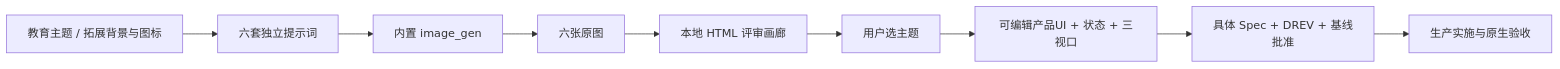
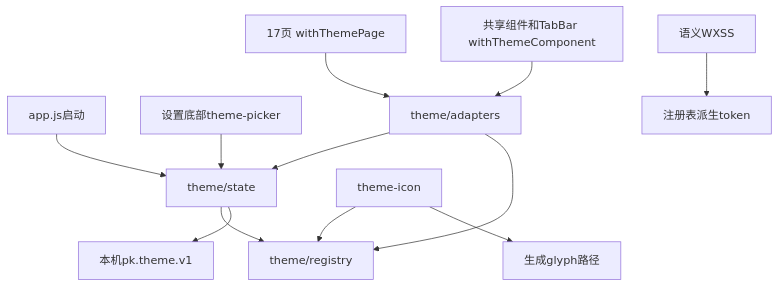
Before and after one commit to wangyu-bytedance/push_kids: the first of 3 diagrams in specs/active/DESIGN-002-GLOBAL-UI-CONSISTENCY.md, drawn with Mermaid. The commit also changed other lines of this file and 1963 other files, not shown here.

````diff
--- a/specs/active/DESIGN-002-GLOBAL-UI-CONSISTENCY.md
+++ b/specs/active/DESIGN-002-GLOBAL-UI-CONSISTENCY.md
@@ -56,11 +104,14 @@
 ```mermaid
-flowchart LR
-  User[教育主题 / 拓展背景与图标] --> Prompts[六套独立提示词]
-  Prompts --> Gen[内置 image_gen]
-  Gen --> PNG[六张原图]
-  PNG --> Gallery[本地 HTML 评审画廊]
-  Gallery --> Choice[用户选主题]
-  Choice --> Design[可编辑产品UI + 状态 + 三视口]
-  Design --> Approval[具体 Spec + DREV + 基线批准]
-  Approval --> Production[生产实施与原生验收]
+flowchart TD
+  App[app.js启动] --> State[theme/state]
+  Settings[设置底部theme-picker] --> State
+  Pages[17页 withThemePage] --> Adapter[theme/adapters]
+  Components[共享组件和TabBar withThemeComponent] --> Adapter
+  Adapter --> State
+  State --> Registry[theme/registry]
+  Adapter --> Registry
+  State --> Local[本机pk.theme.v1]
+  Icon[theme-icon] --> Registry
+  Icon --> Glyph[生成glyph路径]
+  Styles[语义WXSS] --> Tokens[注册表派生token]
 ```
````
